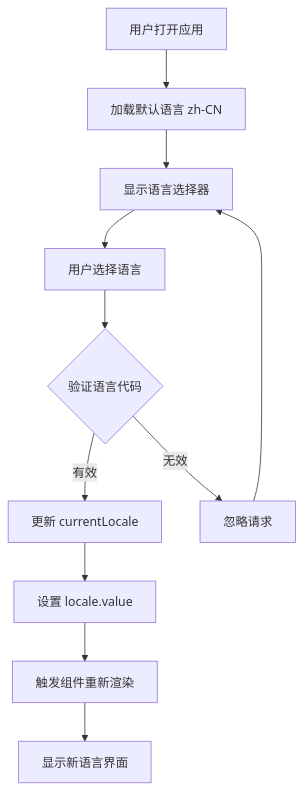
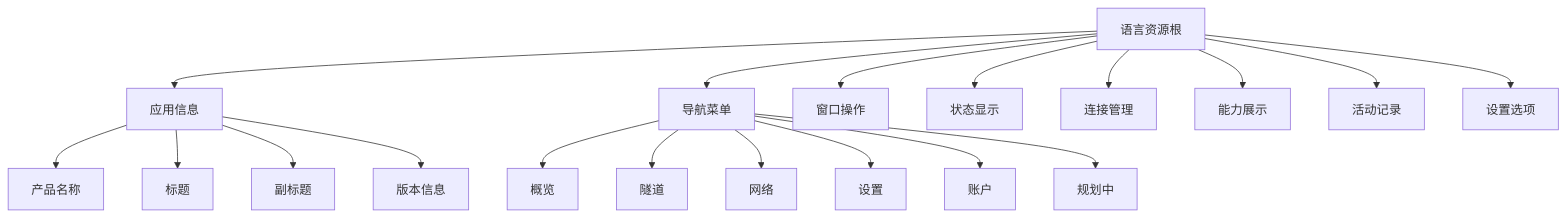
The fifth of 6 diagrams in .qoder/repowiki/zh/content/桌面端应用/前端界面系统/国际化系统.md (itsharex/NexTunnel), drawn with Mermaid before and after one commit. The commit also changed other lines of this file and 48 other files, not shown here.

````diff
--- a/.qoder/repowiki/zh/content/桌面端应用/前端界面系统/国际化系统.md
+++ b/.qoder/repowiki/zh/content/桌面端应用/前端界面系统/国际化系统.md
@@ -236,13 +179,21 @@
 ```mermaid
 flowchart TD
-A[用户打开应用] --> B[加载默认语言 zh-CN]
-B --> C[显示语言选择器]
-C --> D[用户选择语言]
-D --> E{验证语言代码}
-E --> |有效| F[更新 currentLocale]
-E --> |无效| G[忽略请求]
-F --> H[设置 locale.value]
-H --> I[触发组件重新渲染]
-G --> C
-I --> J[显示新语言界面]
+A[语言资源根] --> B[应用信息]
+A --> C[导航菜单]
+A --> D[窗口操作]
+A --> E[状态显示]
+A --> F[连接管理]
+A --> G[能力展示]
+A --> H[活动记录]
+A --> I[设置选项]
+B --> B1[产品名称]
+B --> B2[标题]
+B --> B3[副标题]
+B --> B4[版本信息]
+C --> C1[概览]
+C --> C2[隧道]
+C --> C3[网络]
+C --> C4[设置]
+C --> C5[账户]
+C --> C6[规划中]
 ```
````
